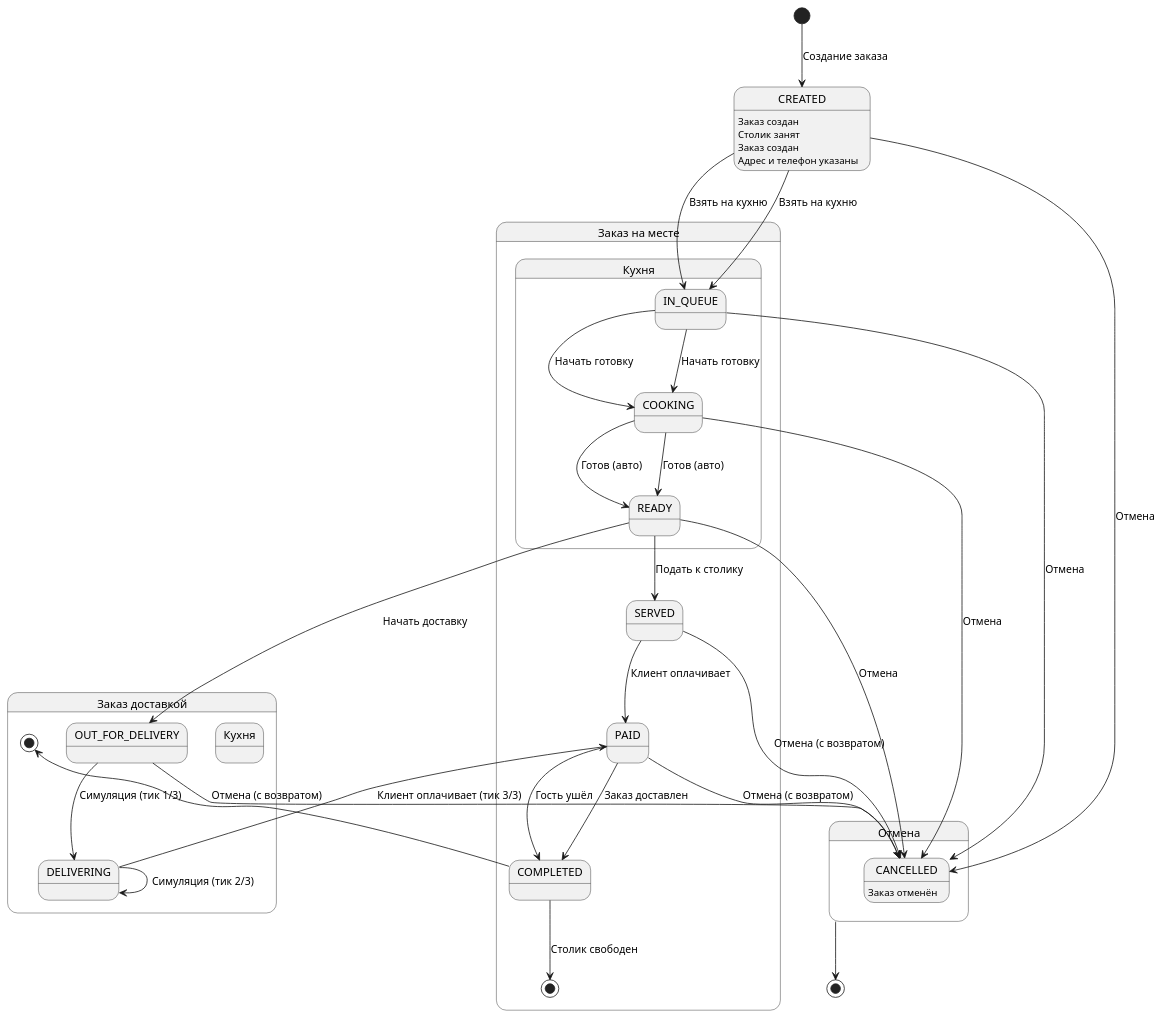
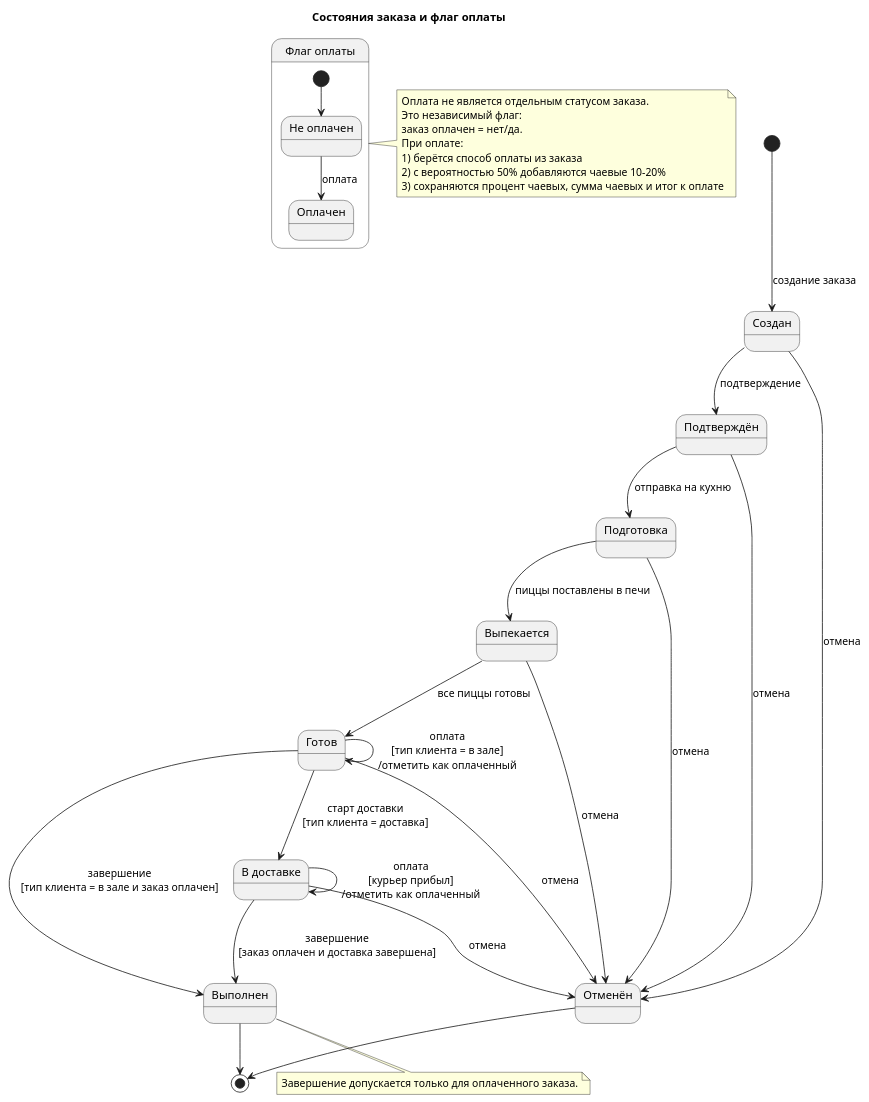
One commit to tgh561/PPOIS_sem2 changed the diagram in pizzeria_simulation/diagrams/state_diagram.puml. Above: the diagram before and after it, drawn with PlantUML. The commit also changed 81 other files, not shown here.

```diff
--- a/pizzeria_simulation/diagrams/state_diagram.puml
+++ b/pizzeria_simulation/diagrams/state_diagram.puml
@@ -1,54 +1,59 @@
 @startuml
-' Диаграмма состояний пиццерии
+title Состояния заказа и флаг оплаты
 
-[*] --> CREATED : Создание заказа
+state "Создан" as S1
+state "Подтверждён" as S2
+state "Подготовка" as S3
+state "Выпекается" as S4
+state "Готов" as S5
+state "В доставке" as S6
+state "Выполнен" as S7
+state "Отменён" as S8
 
-state "Заказ на месте" as onsite {
-  CREATED : Заказ создан
-  CREATED : Столик занят
-  
-  state "Кухня" as kitchen_onsite {
-    CREATED --> IN_QUEUE : Взять на кухню
-    IN_QUEUE --> COOKING : Начать готовку
-    COOKING --> READY : Готов (авто)
-  }
-  
-  READY --> SERVED : Подать к столику
-  SERVED --> PAID : Клиент оплачивает
-  PAID --> COMPLETED : Гость ушёл
-  COMPLETED --> [*] : Столик свободен
+[*] --> S1 : создание заказа
+
+S1 --> S2 : подтверждение
+S1 --> S8 : отмена
+
+S2 --> S3 : отправка на кухню
+S2 --> S8 : отмена
+
+S3 --> S4 : пиццы поставлены в печи
+S3 --> S8 : отмена
+
+S4 --> S5 : все пиццы готовы
+S4 --> S8 : отмена
+
+S5 --> S6 : старт доставки\n[тип клиента = доставка]
+S5 --> S5 : оплата\n[тип клиента = в зале]\n/отметить как оплаченный
+S5 --> S7 : завершение\n[тип клиента = в зале и заказ оплачен]
+S5 --> S8 : отмена
+
+S6 --> S6 : оплата\n[курьер прибыл]\n/отметить как оплаченный
+S6 --> S7 : завершение\n[заказ оплачен и доставка завершена]
+S6 --> S8 : отмена
+
+S7 --> [*]
+S8 --> [*]
+
+state "Флаг оплаты" as F1 {
+  state "Не оплачен" as F2
+  state "Оплачен" as F3
+  [*] --> F2
+  F2 --> F3 : оплата
 }
 
-state "Заказ доставкой" as delivery {
-  CREATED : Заказ создан
-  CREATED : Адрес и телефон указаны
-  
-  state "Кухня" as kitchen_delivery {
-    CREATED --> IN_QUEUE : Взять на кухню
-    IN_QUEUE --> COOKING : Начать готовку
-    COOKING --> READY : Готов (авто)
-  }
-  
-  READY --> OUT_FOR_DELIVERY : Начать доставку
-  OUT_FOR_DELIVERY --> DELIVERING : Симуляция (тик 1/3)
-  DELIVERING --> DELIVERING : Симуляция (тик 2/3)
-  DELIVERING --> PAID : Клиент оплачивает (тик 3/3)
-  PAID --> COMPLETED : Заказ доставлен
-  COMPLETED --> [*]
-}
+note right of F1
+  Оплата не является отдельным статусом заказа.
+  Это независимый флаг:
+  заказ оплачен = нет/да.
+  При оплате:
+  1) берётся способ оплаты из заказа
+  2) с вероятностью 50% добавляются чаевые 10-20%
+  3) сохраняются процент чаевых, сумма чаевых и итог к оплате
+end note
 
-state "Отмена" as cancelled {
-  CANCELLED : Заказ отменён
-}
-
-CREATED --> CANCELLED : Отмена
-IN_QUEUE --> CANCELLED : Отмена
-COOKING --> CANCELLED : Отмена
-READY --> CANCELLED : Отмена
-SERVED --> CANCELLED : Отмена (с возвратом)
-OUT_FOR_DELIVERY --> CANCELLED : Отмена (с возвратом)
-PAID --> CANCELLED : Отмена (с возвратом)
-
-cancelled --> [*]
-
+note bottom of S7
+  Завершение допускается только для оплаченного заказа.
+end note
 @enduml
```
